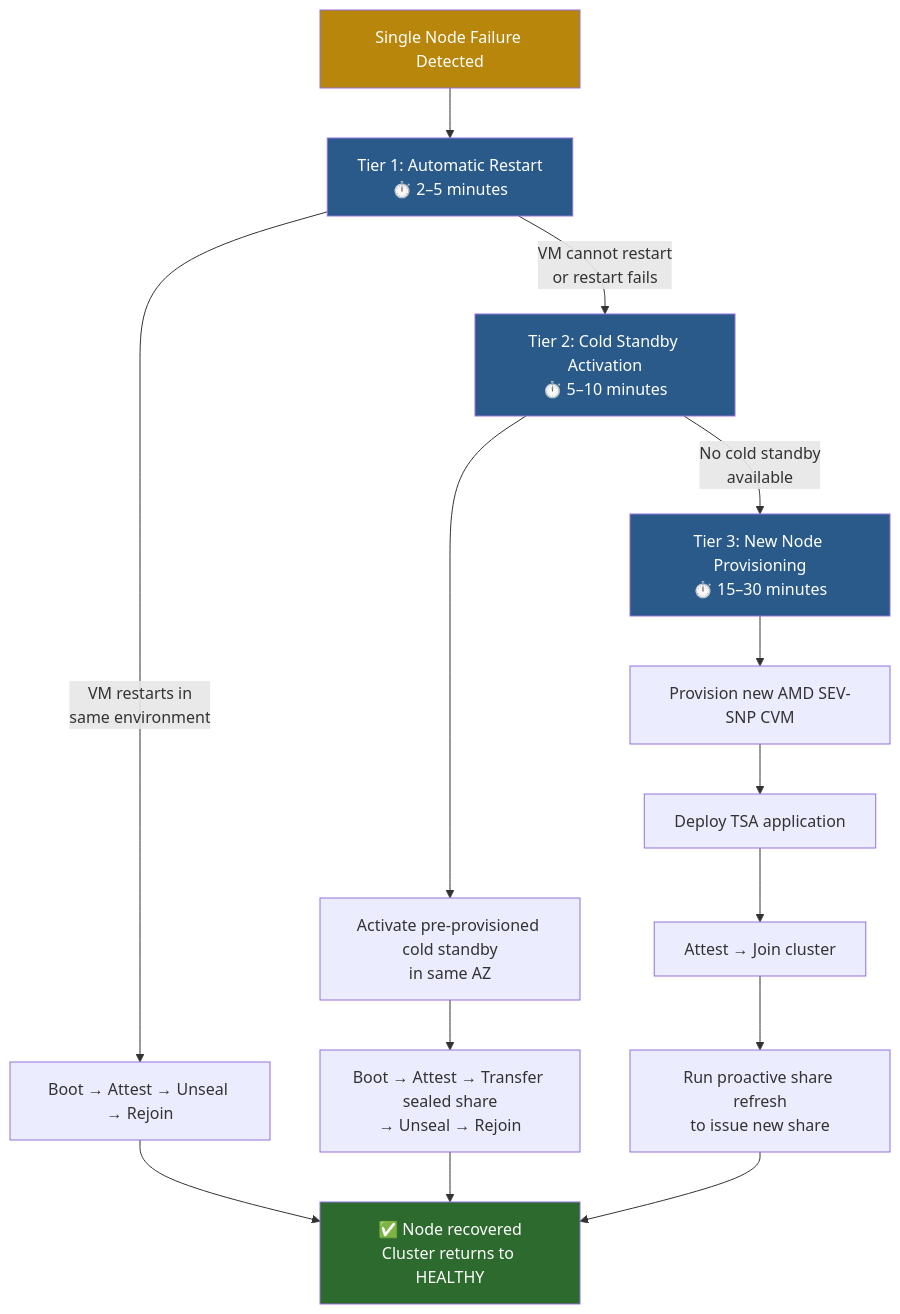
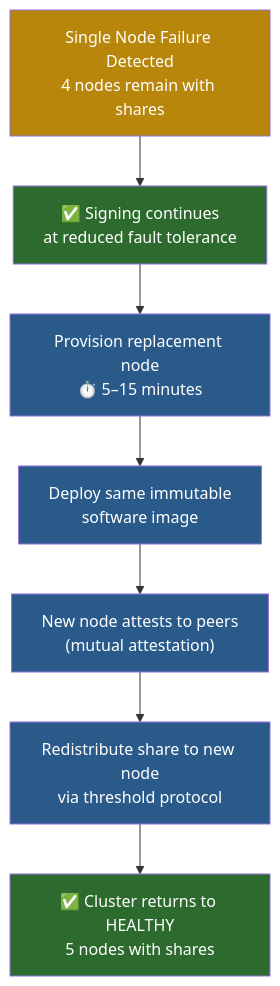
Before and after one commit to NickBorgers/confidential-computing-tsa: the second of 7 diagrams in docs/04-failure-modes-and-recovery.md, drawn with Mermaid. The commit also changed other lines of this file and 1 other file, not shown here.

First line of the commit message:
Adopt immutable software + ephemeral key model (Phase 3)

````diff
--- a/docs/04-failure-modes-and-recovery.md
+++ b/docs/04-failure-modes-and-recovery.md
@@ -82,25 +82,18 @@
 ```mermaid
 flowchart TD
-    FAIL["Single Node Failure Detected"]
-    FAIL --> AUTO["Tier 1: Automatic Restart<br/>⏱️ 2–5 minutes"]
-    AUTO -->|VM restarts in<br/>same environment| BOOT["Boot → Attest → Unseal → Rejoin"]
-    BOOT --> DONE["✅ Node recovered<br/>Cluster returns to HEALTHY"]
-
-    AUTO -->|VM cannot restart<br/>or restart fails| COLD["Tier 2: Cold Standby Activation<br/>⏱️ 5–10 minutes"]
-    COLD --> COLDBOOT["Activate pre-provisioned cold standby<br/>in same AZ"]
-    COLDBOOT --> COLDATTEST["Boot → Attest → Transfer sealed share<br/>→ Unseal → Rejoin"]
-    COLDATTEST --> DONE
-
-    COLD -->|No cold standby<br/>available| NEW["Tier 3: New Node Provisioning<br/>⏱️ 15–30 minutes"]
-    NEW --> PROVISION["Provision new AMD SEV-SNP CVM"]
-    PROVISION --> DEPLOY["Deploy TSA application"]
-    DEPLOY --> ATTEST["Attest → Join cluster"]
-    ATTEST --> REFRESH["Run proactive share refresh<br/>to issue new share"]
-    REFRESH --> DONE
+    FAIL["Single Node Failure Detected<br/>4 nodes remain with shares"]
+    FAIL --> SIGNING["✅ Signing continues<br/>at reduced fault tolerance"]
+    SIGNING --> PROVISION["Provision replacement node<br/>⏱️ 5–15 minutes"]
+    PROVISION --> DEPLOY["Deploy same immutable<br/>software image"]
+    DEPLOY --> ATTEST["New node attests to peers<br/>(mutual attestation)"]
+    ATTEST --> REDIST["Redistribute share to new node<br/>via threshold protocol"]
+    REDIST --> DONE["✅ Cluster returns to HEALTHY<br/>5 nodes with shares"]
 
     style FAIL fill:#b8860b,color:#fff
+    style SIGNING fill:#2d6a2d,color:#fff
     style DONE fill:#2d6a2d,color:#fff
-    style AUTO fill:#2a5a8a,color:#fff
-    style COLD fill:#2a5a8a,color:#fff
-    style NEW fill:#2a5a8a,color:#fff
+    style PROVISION fill:#2a5a8a,color:#fff
+    style DEPLOY fill:#2a5a8a,color:#fff
+    style ATTEST fill:#2a5a8a,color:#fff
+    style REDIST fill:#2a5a8a,color:#fff
 ```
````
